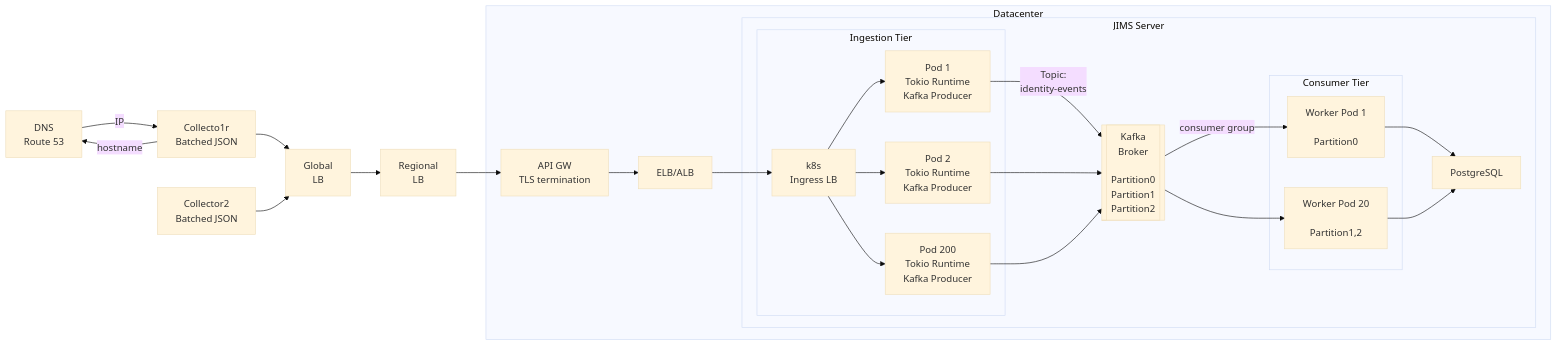
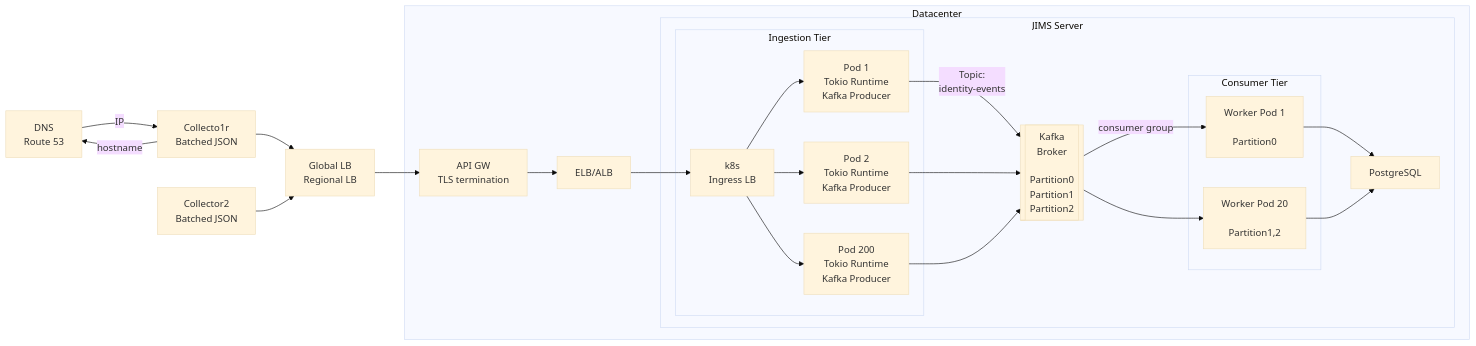
One commit to code-with-amitk/IdentityBridge changed the diagram in Documentation/Scaling_1.5M_Requests_per_sec/README.adoc. Above: the diagram before and after it, drawn with Mermaid (base theme).

````diff
--- a/Documentation/Scaling_1.5M_Requests_per_sec/README.adoc
+++ b/Documentation/Scaling_1.5M_Requests_per_sec/README.adoc
@@ -6,50 +6,48 @@
 ```mermaid
 flowchart LR
     DNS["DNS<br>Route 53"]
     C1["Collecto1r<br/>Batched JSON"]
     C2["Collector2<br/>Batched JSON"]
-    GLB["Global<br>LB"]
-    RLB["Regional<br>LB"]
+    GLB["Global LB<br>Regional LB"]
     
     subgraph Datacenter
         APIGW["API GW<br/>TLS termination"]
         LB["ELB/ALB"]
         subgraph JIMS Server
             subgraph API["Ingestion Tier"]
                 KLB["k8s<br>Ingress LB"]
                 P1["Pod 1<br/>Tokio Runtime<br> Kafka Producer"]
                 P2["Pod 2<br/>Tokio Runtime<br> Kafka Producer"]
                 PN["Pod 200<br/>Tokio Runtime<br> Kafka Producer"]
             end
             K[["Kafka<br>Broker<br><br> Partition0<br>Partition1<br>Partition2"]]
             subgraph Workers["Consumer Tier"]
                 W1["Worker Pod 1<br><br>Partition0"]
                 W2["Worker Pod 20<br><br>Partition1,2"]
             end
             DB["PostgreSQL"]
         end
     end
 
     C1 -->|hostname|DNS
     DNS -->|IP|C1
 
     C1 -->GLB
     C2 -->GLB
-    GLB --> RLB
-    RLB --> APIGW
+    GLB --> APIGW
     APIGW --> LB
     LB --> KLB
     KLB --> P1
     KLB --> P2
     KLB --> PN
 
     P1 -->|Topic:<br>identity-events| K
     P2 --> K
     PN --> K
 
     K -->|consumer group| W1
     K --> W2
 
     W1 --> DB
     W2 --> DB
 ```
````
